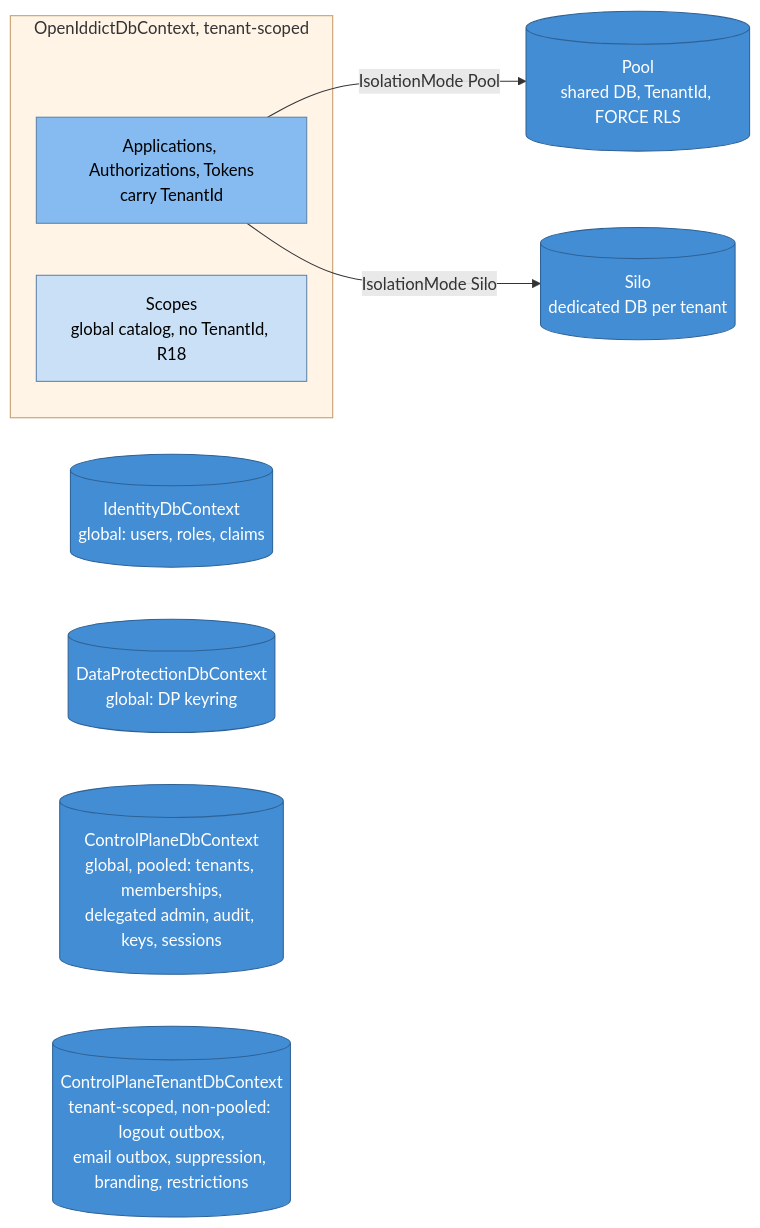
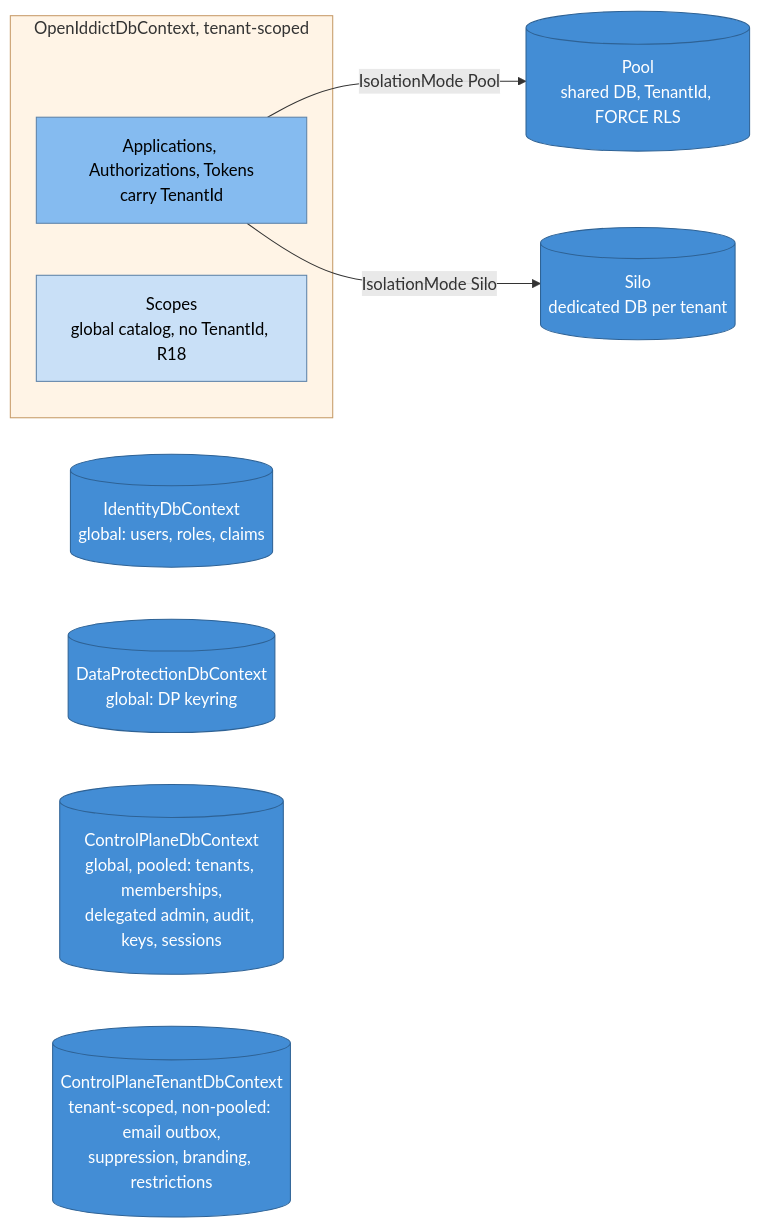
One commit to namphuongtran/nami changed the first of 9 diagrams in docs/design/02-data.md. Above: the diagram before and after it, drawn with Mermaid. The commit also changed other lines of this file and 5 other files, not shown here.

First line of the commit message:
docs: keep the logout outbox as the guarantee and dispatch opportunistically

````diff
--- a/docs/design/02-data.md
+++ b/docs/design/02-data.md
@@ -121,21 +124,21 @@
 ```mermaid
 graph LR
   subgraph oi[OpenIddictDbContext, tenant-scoped]
     ent[Applications, Authorizations, Tokens<br/>carry TenantId]:::ctx
     scp[Scopes<br/>global catalog, no TenantId, R18]:::global2
   end
   pool[(Pool<br/>shared DB, TenantId, FORCE RLS)]:::store
   silo[(Silo<br/>dedicated DB per tenant)]:::store
   id[(IdentityDbContext<br/>global: users, roles, claims)]:::store
   dp[(DataProtectionDbContext<br/>global: DP keyring)]:::store
   cp[(ControlPlaneDbContext<br/>global, pooled: tenants, memberships,<br/>delegated admin, audit, keys, sessions)]:::store
-  cpt[(ControlPlaneTenantDbContext<br/>tenant-scoped, non-pooled: logout outbox,<br/>email outbox, suppression, branding, restrictions)]:::store
+  cpt[(ControlPlaneTenantDbContext<br/>tenant-scoped, non-pooled: email outbox,<br/>suppression, branding, restrictions)]:::store
 
   ent -->|IsolationMode Pool| pool
   ent -->|IsolationMode Silo| silo
 
   classDef ctx fill:#85bbf0,stroke:#5d82a8,color:#000000
   classDef global2 fill:#c9e0f7,stroke:#5d82a8,color:#000000
   classDef store fill:#438dd5,stroke:#2e6295,color:#ffffff
   style oi fill:#fff4e6,stroke:#c69a66
 ```
````
